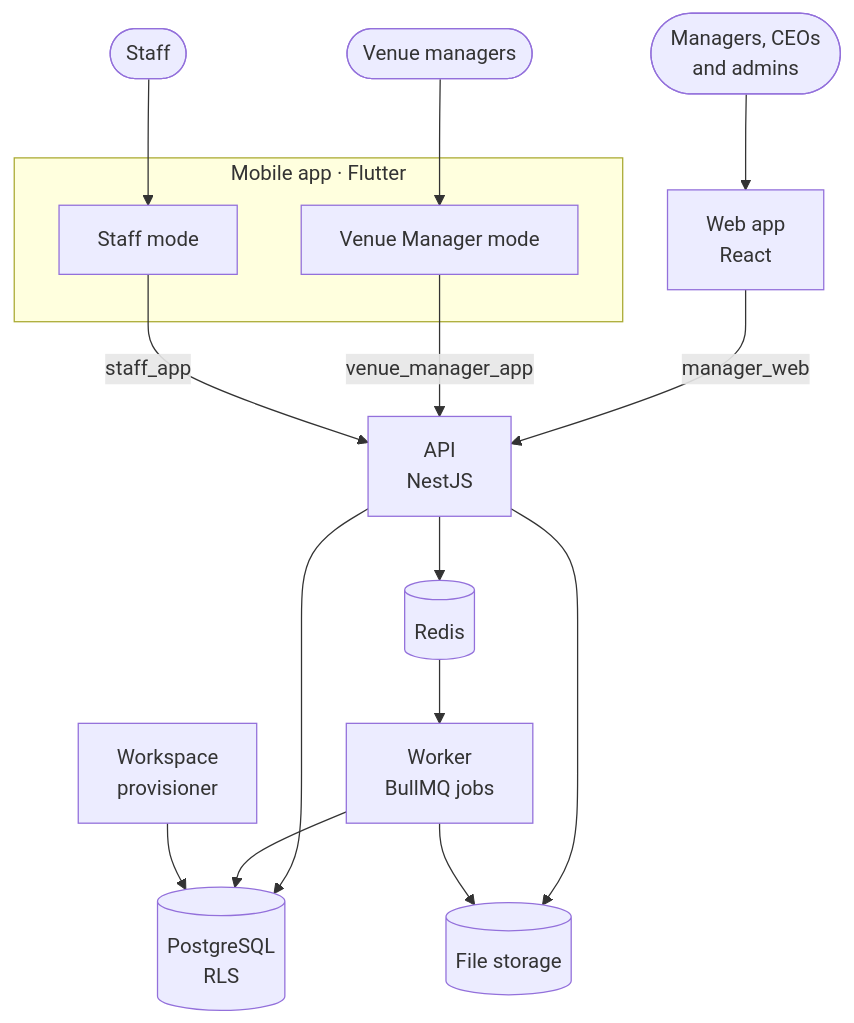
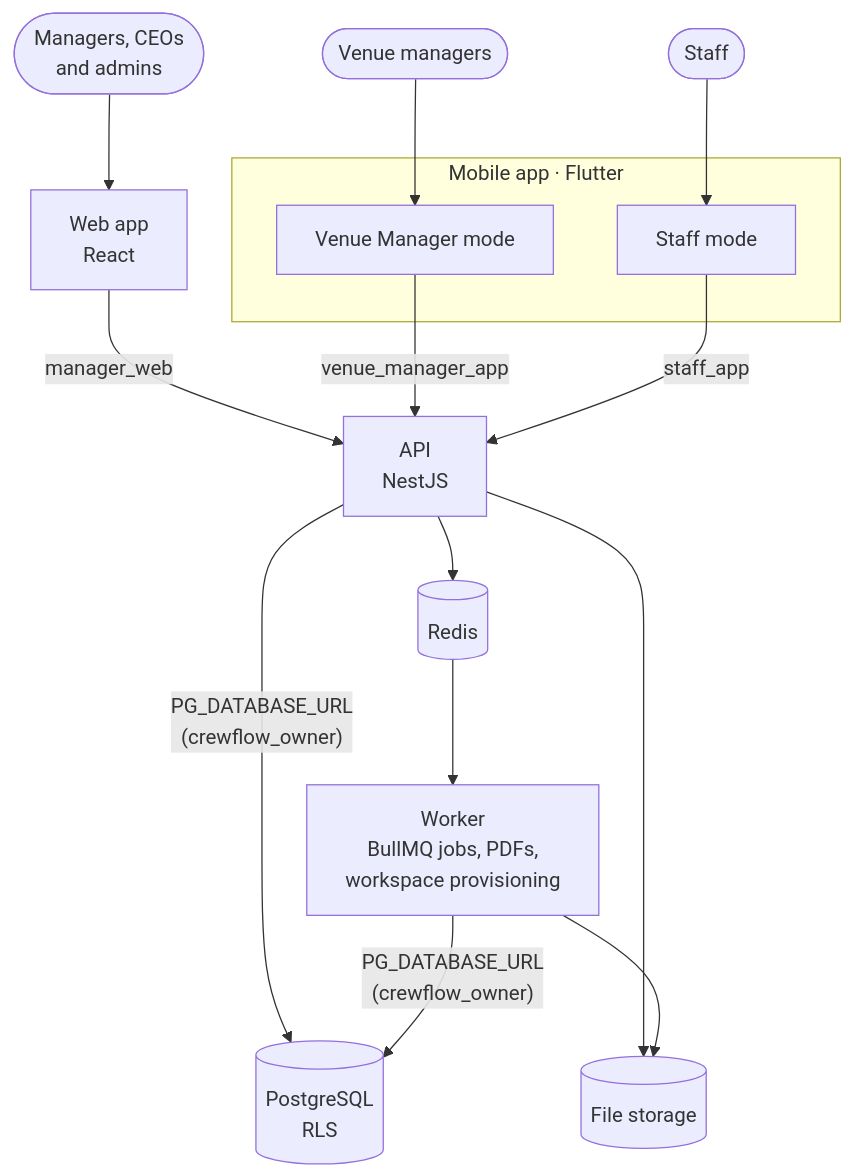
Before and after one commit to Rabblo06/rab-recurit: the diagram in README.md, drawn with Mermaid. The commit also changed other lines of this file and 10 other files, not shown here.

````diff
--- a/README.md
+++ b/README.md
@@ -151,29 +156,28 @@
 ```mermaid
 flowchart TB
     managers(["Managers, CEOs<br/>and admins"])
     venueManagers(["Venue managers"])
     staff(["Staff"])
 
     web["Web app<br/>React"]
     subgraph mobileApp ["Mobile app · Flutter"]
         vmMode["Venue Manager mode"]
         staffMode["Staff mode"]
     end
 
     managers --> web
     venueManagers --> vmMode
     staff --> staffMode
 
     web -- "manager_web" --> api
     vmMode -- "venue_manager_app" --> api
     staffMode -- "staff_app" --> api
 
     api["API<br/>NestJS"]
     api --> redis[("Redis")]
-    redis --> worker["Worker<br/>BullMQ jobs"]
-    api --> pg[("PostgreSQL<br/>RLS")]
-    worker --> pg
-    provisioner["Workspace<br/>provisioner"] --> pg
+    redis --> worker["Worker<br/>BullMQ jobs, PDFs,<br/>workspace provisioning"]
+    api -- "PG_DATABASE_URL<br/>(crewflow_owner)" --> pg[("PostgreSQL<br/>RLS")]
+    worker -- "PG_DATABASE_URL<br/>(crewflow_owner)" --> pg
     api --> files[("File storage")]
     worker --> files
 ```
````
